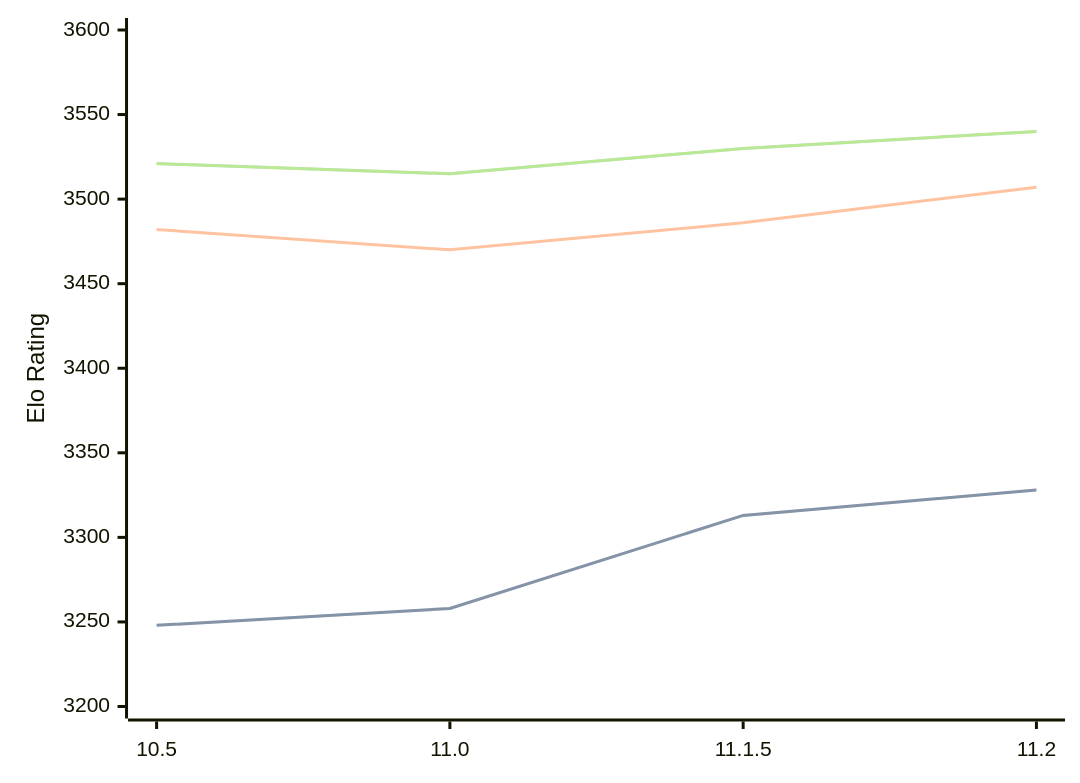
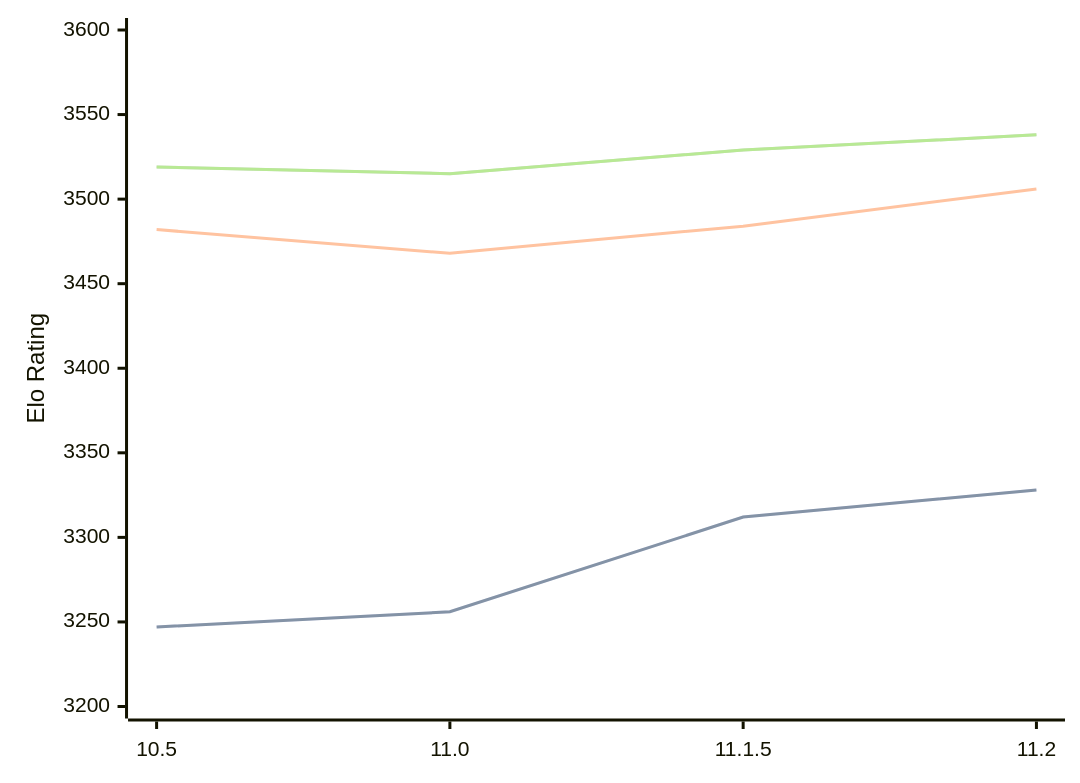
One commit to computer-chess-index/cci changed the diagram in engines/Lizard.md. Above: the diagram before and after it, drawn with Mermaid. The commit also changed other lines of this file, not shown here.

Commit message:
Update CCI Ratings (ELO VLTC) - 2026-04-06

````diff
--- a/engines/Lizard.md
+++ b/engines/Lizard.md
@@ -46,11 +46,11 @@
 ```mermaid
 %%{init: {"theme":"base","themeVariables":{"seriesColors:['#a3a3a3','#222221','#faa371']}}}%%
 xychart-beta
   x-axis ["10.5", "11.0", "11.1.5", "11.2"]
   y-axis "Elo Rating" 3200 --> 3600
-  line "STC (8.0+0.08s)" [3248, 3258, 3313, 3328]
-  line "STC (8.0+0.08s)" [3248, 3258, 3313, 3328]
-  line "LTC (60.0+0.60s)" [3482, 3470, 3486, 3507]
-  line "VLTC (2m24s+1.12s)" [3521, 3515, 3530, 3540]
-  line "VLTC (2m24s+1.12s)" [3521, 3515, 3530, 3540]
+  line "STC (8.0+0.08s)" [3247, 3256, 3312, 3328]
+  line "STC (8.0+0.08s)" [3247, 3256, 3312, 3328]
+  line "LTC (60.0+0.60s)" [3482, 3468, 3484, 3506]
+  line "VLTC (2m24s+1.12s)" [3519, 3515, 3529, 3538]
+  line "VLTC (2m24s+1.12s)" [3519, 3515, 3529, 3538]
 ```
````
